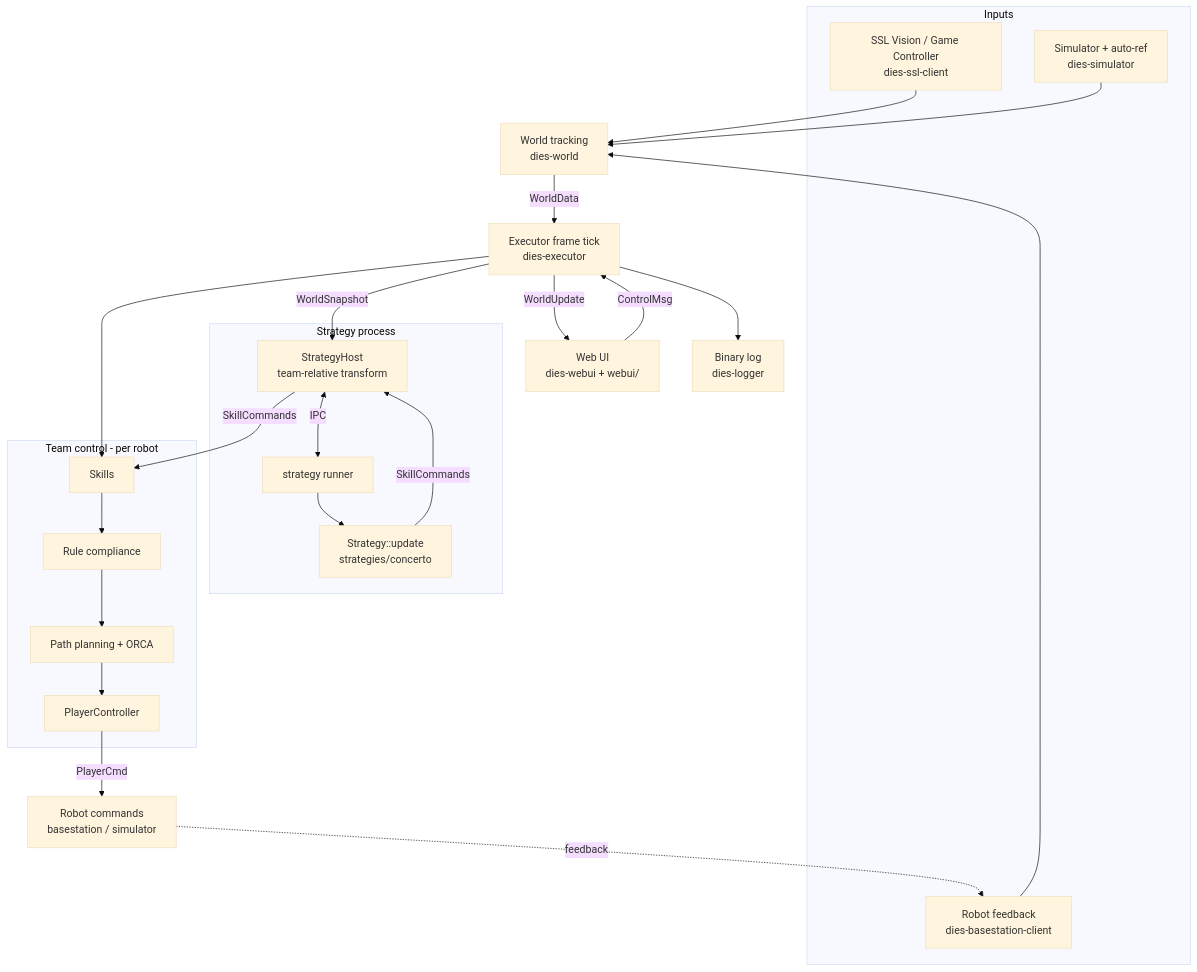
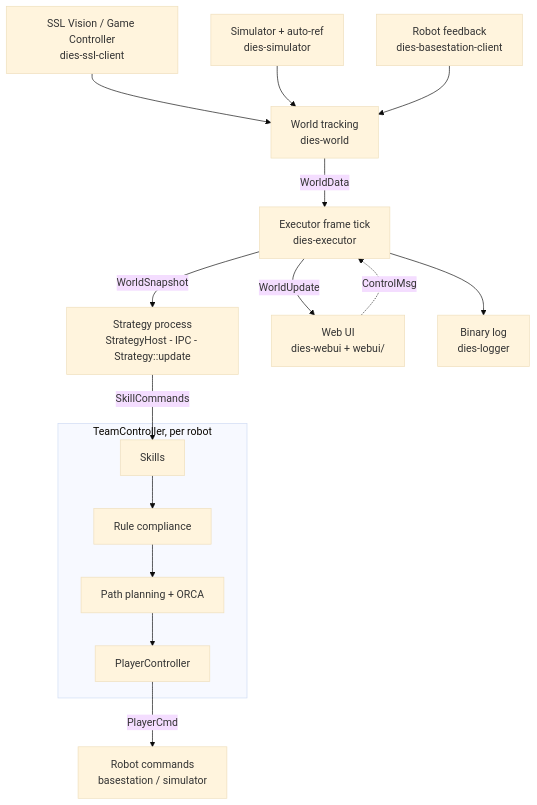
Before and after one commit to DelftMercurians/Dies: the diagram in README.md, drawn with Mermaid (base theme). The commit also changed 2 other files, not shown here.

Commit message:
docs: upgrade bundled mermaid 9.2.2 -> 11.6, simplify codebase map diagram

````diff
--- a/README.md
+++ b/README.md
@@ -41,45 +41,29 @@
 ```mermaid
 flowchart TD
-    subgraph inputs[Inputs]
-        VIS[SSL Vision / Game Controller<br/>dies-ssl-client]
-        SIM[Simulator + auto-ref<br/>dies-simulator]
-        BS[Robot feedback<br/>dies-basestation-client]
-    end
+    VIS[SSL Vision / Game Controller<br/>dies-ssl-client]
+    SIM[Simulator + auto-ref<br/>dies-simulator]
+    BS[Robot feedback<br/>dies-basestation-client]
 
     TR[World tracking<br/>dies-world]
     EX[Executor frame tick<br/>dies-executor]
+    STRAT[Strategy process<br/>StrategyHost - IPC - Strategy::update]
 
-    subgraph strat[Strategy process]
-        HOST[StrategyHost<br/>team-relative transform]
-        RUN[strategy runner]
-        STRAT[Strategy::update<br/>strategies/concerto]
-    end
-
-    subgraph ctrl[Team control - per robot]
-        SK[Skills]
-        COMP[Rule compliance]
-        PLAN[Path planning + ORCA]
-        PC[PlayerController]
+    subgraph ctrl[TeamController, per robot]
+        SK[Skills] --> COMP[Rule compliance] --> PLAN[Path planning + ORCA] --> PC[PlayerController]
     end
 
     OUT[Robot commands<br/>basestation / simulator]
     UI[Web UI<br/>dies-webui + webui/]
     LOG[Binary log<br/>dies-logger]
 
     VIS --> TR
     SIM --> TR
     BS --> TR
     TR -- WorldData --> EX
-    EX -- WorldSnapshot --> HOST
-    HOST <-- IPC --> RUN
-    RUN --> STRAT
-    STRAT -- SkillCommands --> HOST
-    HOST -- SkillCommands --> SK
-    EX --> SK
-    SK --> COMP --> PLAN --> PC
+    EX -- WorldSnapshot --> STRAT
+    STRAT -- SkillCommands --> SK
+    EX -- WorldUpdate --> UI
+    UI -. ControlMsg .-> EX
+    EX --> LOG
     PC -- PlayerCmd --> OUT
-    OUT -. feedback .-> BS
-    EX -- WorldUpdate --> UI
-    UI -- ControlMsg --> EX
-    EX --> LOG
 ```
````
